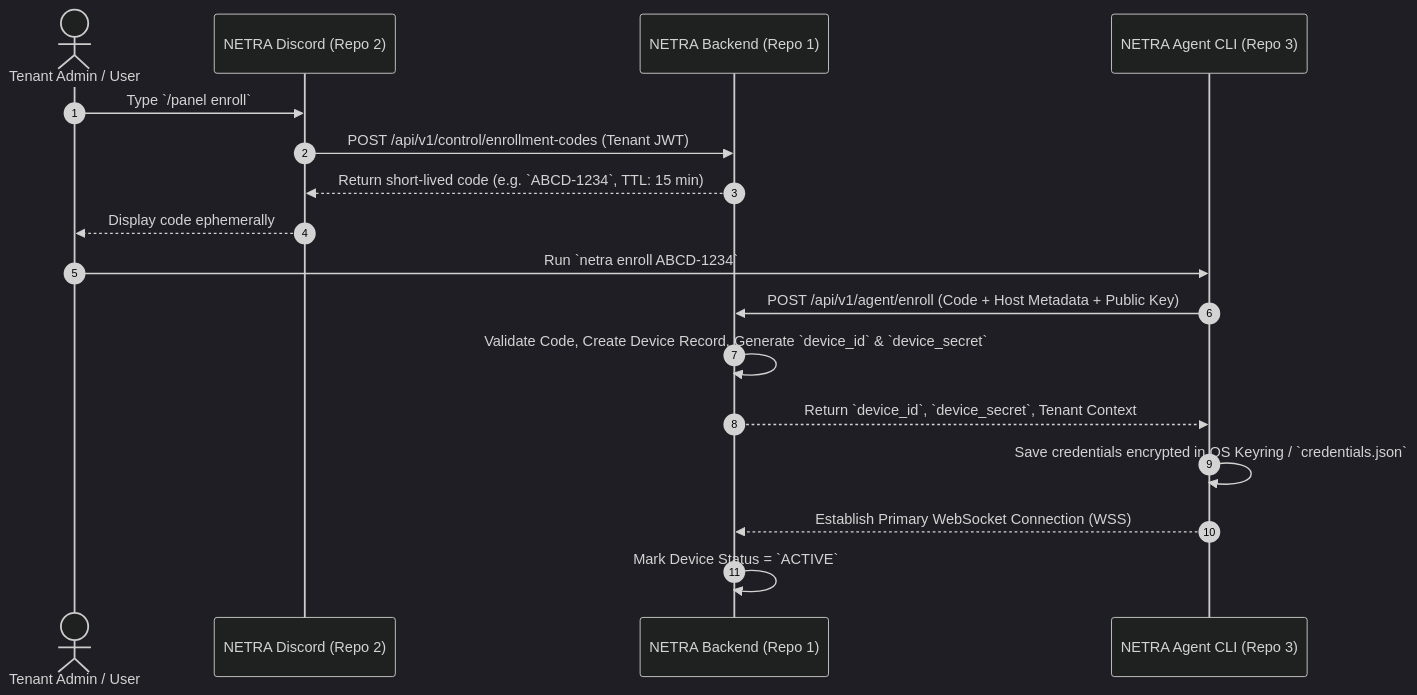
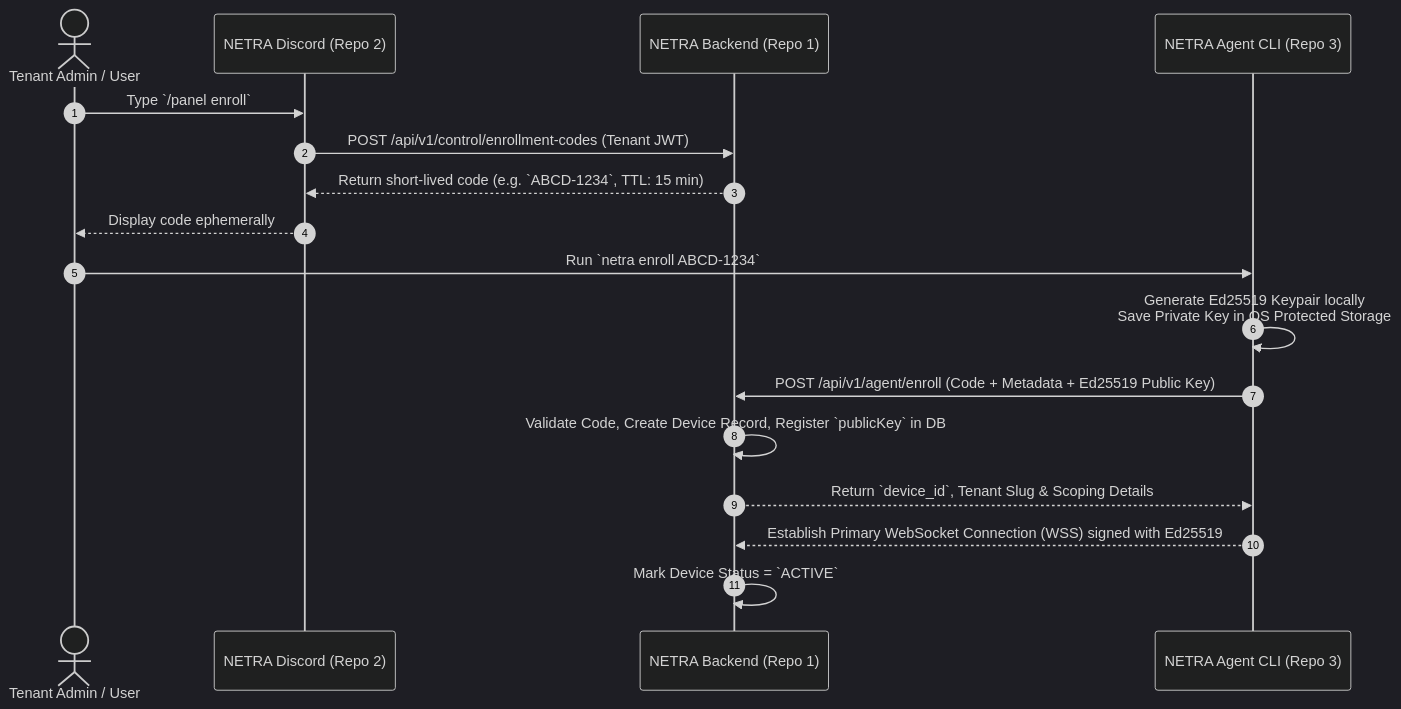
The third of 3 diagrams in SYSTEM_DESIGN.md (Subhadip-Paul2006/NETRA-agent), drawn with Mermaid (dark theme) before and after one commit. The commit also changed other lines of this file, not shown here.

````diff
--- a/SYSTEM_DESIGN.md
+++ b/SYSTEM_DESIGN.md
@@ -172,21 +178,21 @@
 ```mermaid
 sequenceDiagram
     autonumber
     actor User as Tenant Admin / User
     participant Discord as NETRA Discord (Repo 2)
     participant Backend as NETRA Backend (Repo 1)
     participant Agent as NETRA Agent CLI (Repo 3)
 
     User->>Discord: Type `/panel enroll`
     Discord->>Backend: POST /api/v1/control/enrollment-codes (Tenant JWT)
     Backend-->>Discord: Return short-lived code (e.g. `ABCD-1234`, TTL: 15 min)
     Discord-->>User: Display code ephemerally
-
+    
     User->>Agent: Run `netra enroll ABCD-1234`
-    Agent->>Backend: POST /api/v1/agent/enroll (Code + Host Metadata + Public Key)
-    Backend->>Backend: Validate Code, Create Device Record, Generate `device_id` & `device_secret`
-    Backend-->>Agent: Return `device_id`, `device_secret`, Tenant Context
-    Agent->>Agent: Save credentials encrypted in OS Keyring / `credentials.json`
-    Agent-->>Backend: Establish Primary WebSocket Connection (WSS)
+    Agent->>Agent: Generate Ed25519 Keypair locally<br>Save Private Key in OS Protected Storage
+    Agent->>Backend: POST /api/v1/agent/enroll (Code + Metadata + Ed25519 Public Key)
+    Backend->>Backend: Validate Code, Create Device Record, Register `publicKey` in DB
+    Backend-->>Agent: Return `device_id`, Tenant Slug & Scoping Details
+    Agent-->>Backend: Establish Primary WebSocket Connection (WSS) signed with Ed25519
     Backend->>Backend: Mark Device Status = `ACTIVE`
 ```
````
